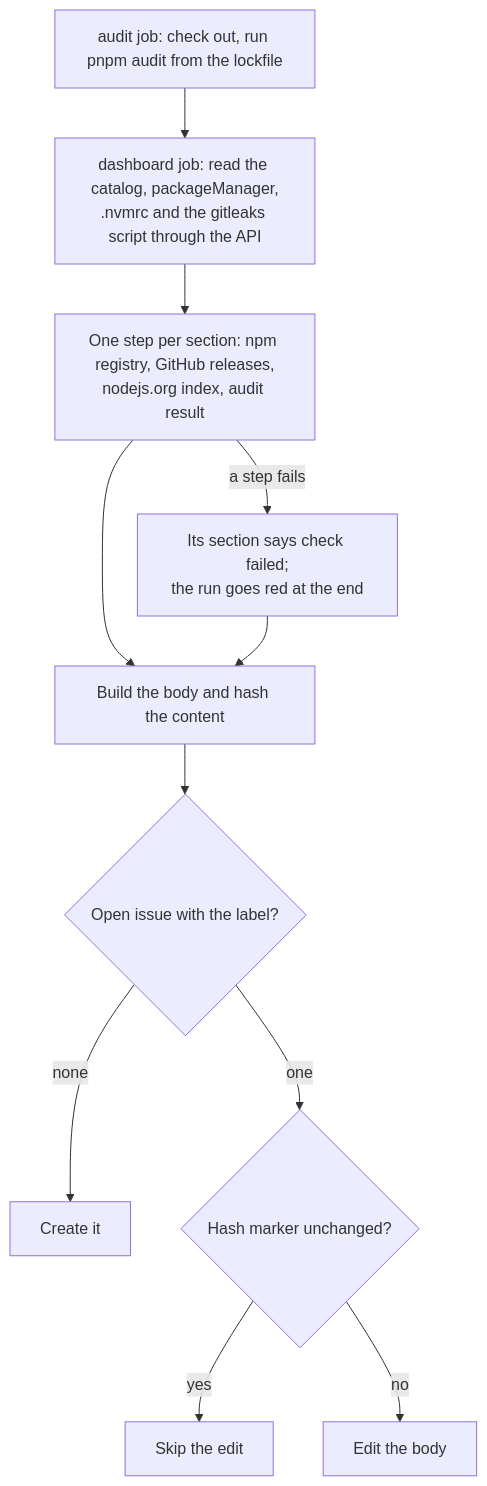
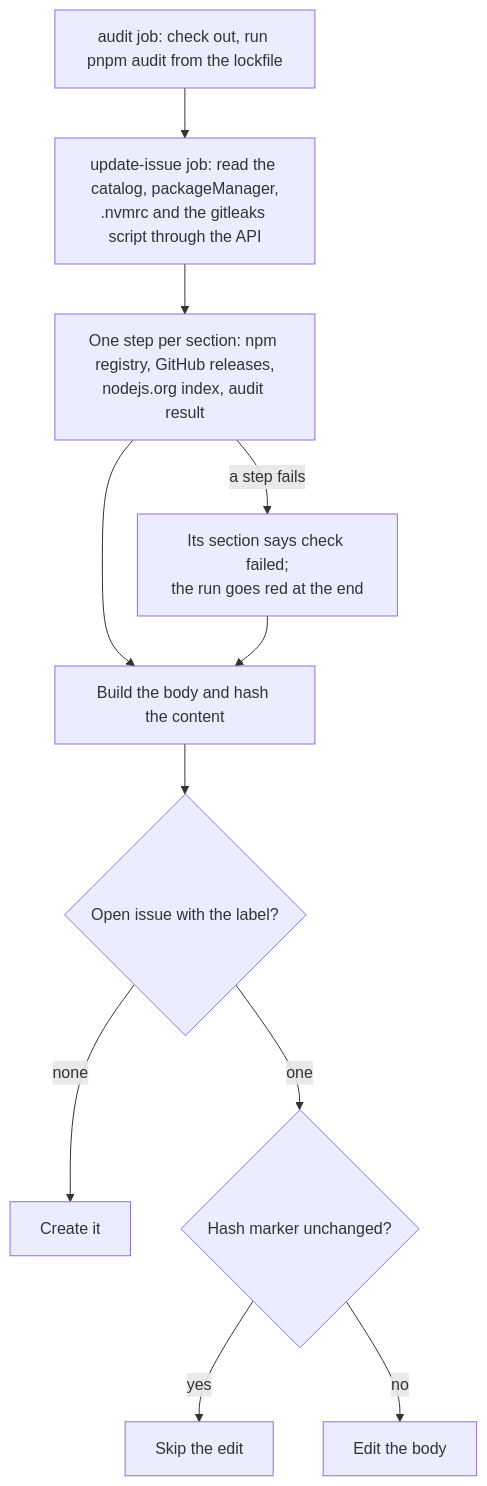
One commit to valuecodes/automation changed the second of 2 diagrams in README.md. Above: the diagram before and after it, drawn with Mermaid. The commit also changed 1 other file, not shown here.

Commit message:
chore: rename maintenance dashboard job to update-issue

````diff
--- a/README.md
+++ b/README.md
@@ -81,13 +81,13 @@
 ```mermaid
 flowchart TD
-    A[audit job: check out, run pnpm audit from the lockfile] --> B[dashboard job: read the catalog, packageManager,<br>.nvmrc and the gitleaks script through the API]
+    A[audit job: check out, run pnpm audit from the lockfile] --> B[update-issue job: read the catalog, packageManager,<br>.nvmrc and the gitleaks script through the API]
     B --> C[One step per section: npm registry, GitHub releases,<br>nodejs.org index, audit result]
     C -- a step fails --> C2[Its section says check failed;<br>the run goes red at the end]
     C --> D[Build the body and hash the content]
     C2 --> D
     D --> E{Open issue with the label?}
     E -- none --> F[Create it]
     E -- one --> G{Hash marker unchanged?}
     G -- yes --> Z[Skip the edit]
     G -- no --> H[Edit the body]
 ```
````
